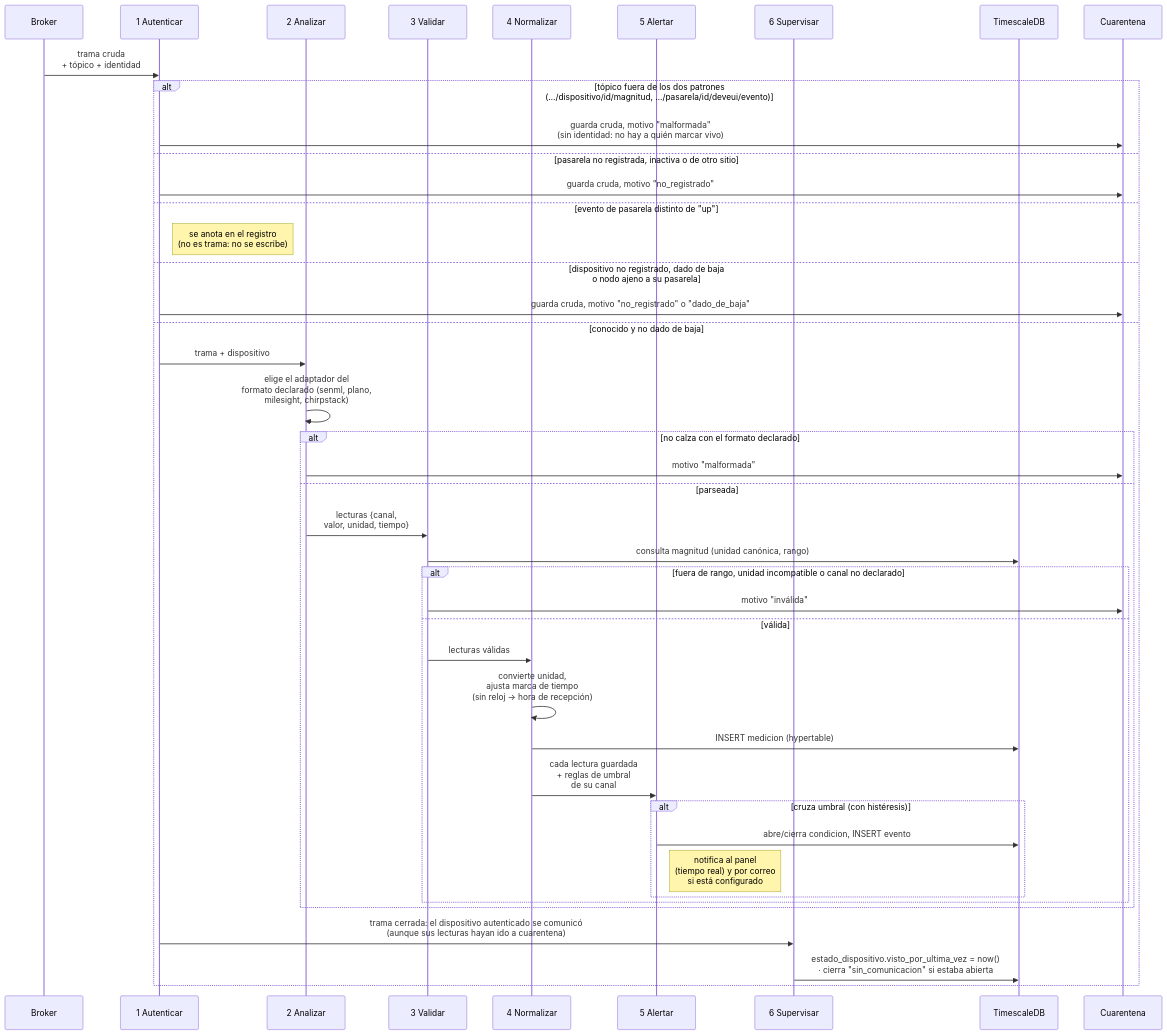
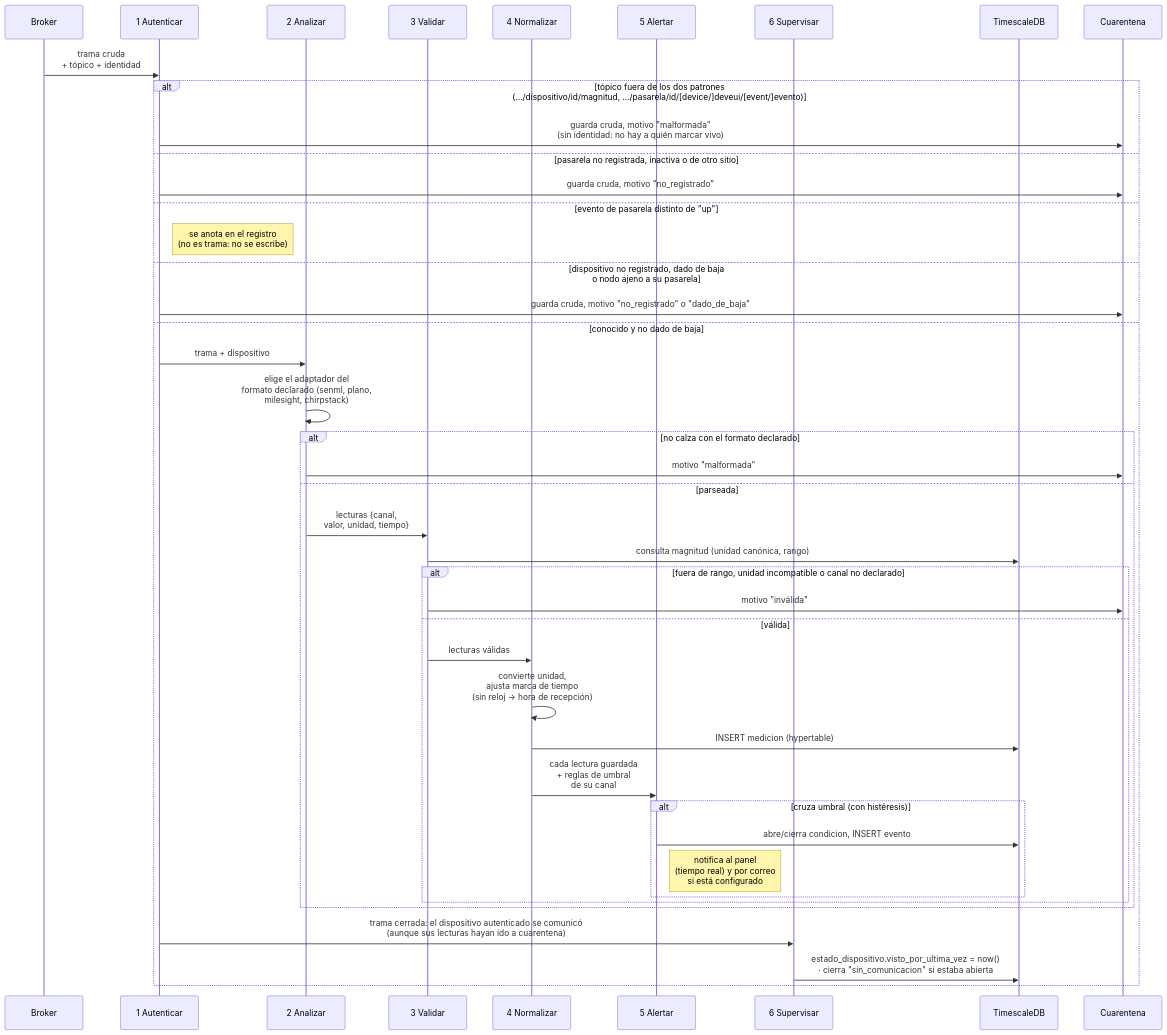
The diagram in informe-oficial/figuras/mermaid/sec-pipeline.mmd (vicenterami/tesis), drawn with Mermaid before and after one commit. The commit also changed 36 other files, not shown here.

```diff
--- a/informe-oficial/figuras/mermaid/sec-pipeline.mmd
+++ b/informe-oficial/figuras/mermaid/sec-pipeline.mmd
@@ -1,44 +1,44 @@
 sequenceDiagram
     participant MQ as Broker
     participant F1 as 1 Autenticar
     participant F2 as 2 Analizar
     participant F3 as 3 Validar
     participant F4 as 4 Normalizar
     participant F5 as 5 Alertar
     participant F6 as 6 Supervisar
     participant DB as TimescaleDB
     participant Q as Cuarentena
 
     MQ->>F1: trama cruda<br/>+ tópico + identidad
-    alt tópico fuera de los dos patrones<br/>(…/dispositivo/id/magnitud, …/pasarela/id/deveui/evento)
+    alt tópico fuera de los dos patrones<br/>(…/dispositivo/id/magnitud, …/pasarela/id/[device/]deveui/[event/]evento)
         F1->>Q: guarda cruda, motivo "malformada"<br/>(sin identidad: no hay a quién marcar vivo)
     else pasarela no registrada, inactiva o de otro sitio
         F1->>Q: guarda cruda, motivo "no_registrado"
     else evento de pasarela distinto de "up"
         Note right of F1: se anota en el registro<br/>(no es trama: no se escribe)
     else dispositivo no registrado, dado de baja<br/>o nodo ajeno a su pasarela
         F1->>Q: guarda cruda, motivo "no_registrado" o "dado_de_baja"
     else conocido y no dado de baja
         F1->>F2: trama + dispositivo
         F2->>F2: elige el adaptador del<br/>formato declarado (senml, plano,<br/>milesight, chirpstack)
         alt no calza con el formato declarado
             F2->>Q: motivo "malformada"
         else parseada
             F2->>F3: lecturas {canal,<br/>valor, unidad, tiempo}
             F3->>DB: consulta magnitud (unidad canónica, rango)
             alt fuera de rango, unidad incompatible o canal no declarado
                 F3->>Q: motivo "inválida"
             else válida
                 F3->>F4: lecturas válidas
                 F4->>F4: convierte unidad,<br/>ajusta marca de tiempo<br/>(sin reloj → hora de recepción)
                 F4->>DB: INSERT medicion (hypertable)
                 F4->>F5: cada lectura guardada<br/>+ reglas de umbral<br/>de su canal
                 alt cruza umbral (con histéresis)
                     F5->>DB: abre/cierra condicion, INSERT evento
                     Note right of F5: notifica al panel<br/>(tiempo real) y por correo<br/>si está configurado
                 end
             end
         end
         F1->>F6: trama cerrada: el dispositivo autenticado se comunicó<br/>(aunque sus lecturas hayan ido a cuarentena)
         F6->>DB: estado_dispositivo.visto_por_ultima_vez = now()<br/>· cierra "sin_comunicacion" si estaba abierta
     end
```
